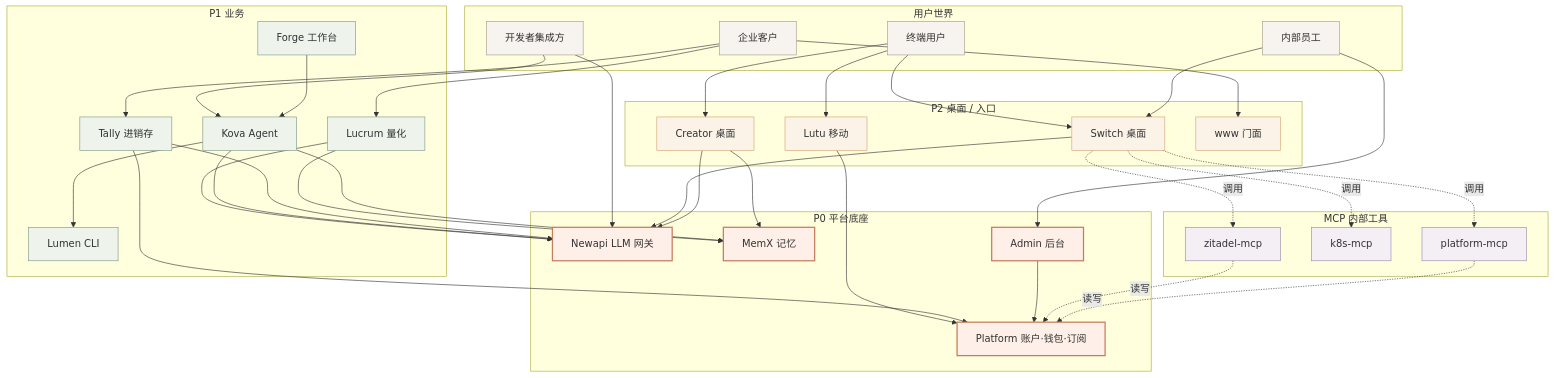
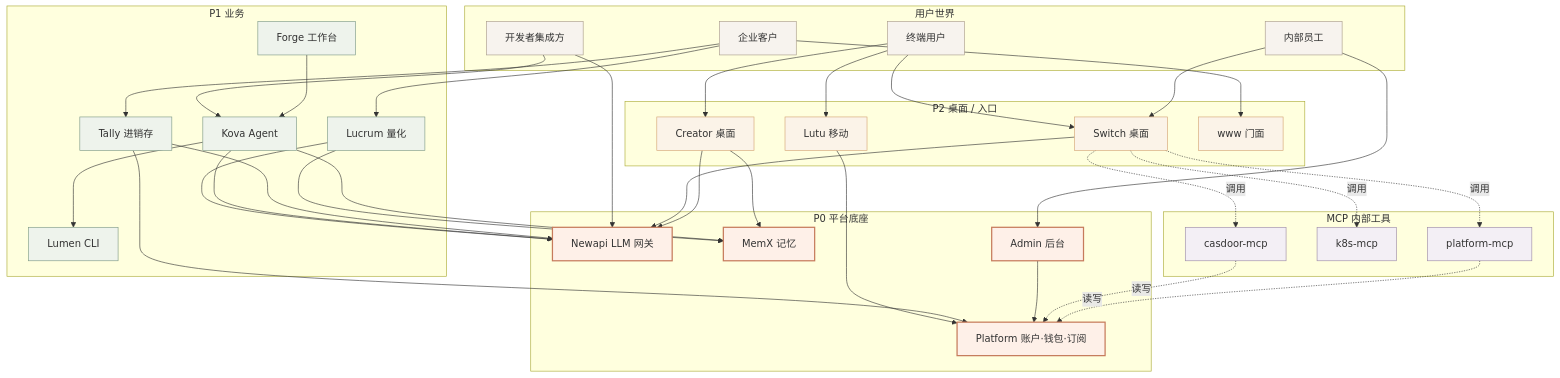
The first of 2 diagrams in internal/cross/index.md (hanmahong5-arch/lurus-docs), drawn with Mermaid before and after one commit. The commit also changed 30 other files, not shown here.

Commit message:
docs(internal): IdP 术语同步 Zitadel → Casdoor(vendor-neutral OIDC 迁移文档面)

````diff
--- a/internal/cross/index.md
+++ b/internal/cross/index.md
@@ -16,79 +16,79 @@
 ```mermaid
 graph TB
   subgraph user["用户世界"]
     U1[终端用户]
     U2[企业客户]
     U3[内部员工]
     U4[开发者集成方]
   end
 
   subgraph p2["P2 桌面 / 入口"]
     SW[Switch 桌面]
     CR[Creator 桌面]
     LU[Lutu 移动]
     WWW[www 门面]
   end
 
   subgraph p1["P1 业务"]
     LC[Lucrum 量化]
     KV[Kova Agent]
     LM[Lumen CLI]
     FG[Forge 工作台]
     TL[Tally 进销存]
   end
 
   subgraph p0["P0 平台底座"]
     PF[Platform 账户·钱包·订阅]
     NA[Newapi LLM 网关]
     MX[MemX 记忆]
     AD[Admin 后台]
   end
 
   subgraph mcp["MCP 内部工具"]
-    M1[zitadel-mcp]
+    M1[casdoor-mcp]
     M2[k8s-mcp]
     M3[platform-mcp]
   end
 
   U1 --> SW
   U1 --> CR
   U1 --> LU
   U2 --> WWW
   U2 --> LC
   U2 --> TL
   U3 --> AD
   U3 --> SW
   U4 --> NA
   U4 --> KV
 
   SW --> NA
   CR --> NA
   CR --> MX
   LC --> NA
   LC --> MX
   LU --> PF
   KV --> NA
   KV --> MX
   KV --> LM
   FG --> KV
   TL --> PF
   TL --> NA
   AD --> PF
 
   SW -.调用.-> M1
   SW -.调用.-> M2
   SW -.调用.-> M3
   M1 -.读写.-> PF
   M3 -.读写.-> PF
 
   classDef p0 fill:#fef0e8,stroke:#C67B5C,stroke-width:2px
   classDef p1 fill:#eef3ec,stroke:#7C9885
   classDef p2 fill:#fbf3e8,stroke:#D4A373
   classDef mcp fill:#f3eff5,stroke:#9C8AA5
   classDef user fill:#f7f3ee,stroke:#A89B8A
   class PF,NA,MX,AD p0
   class LC,KV,LM,FG,TL p1
   class SW,CR,LU,WWW p2
   class M1,M2,M3 mcp
   class U1,U2,U3,U4 user
 ```
````
